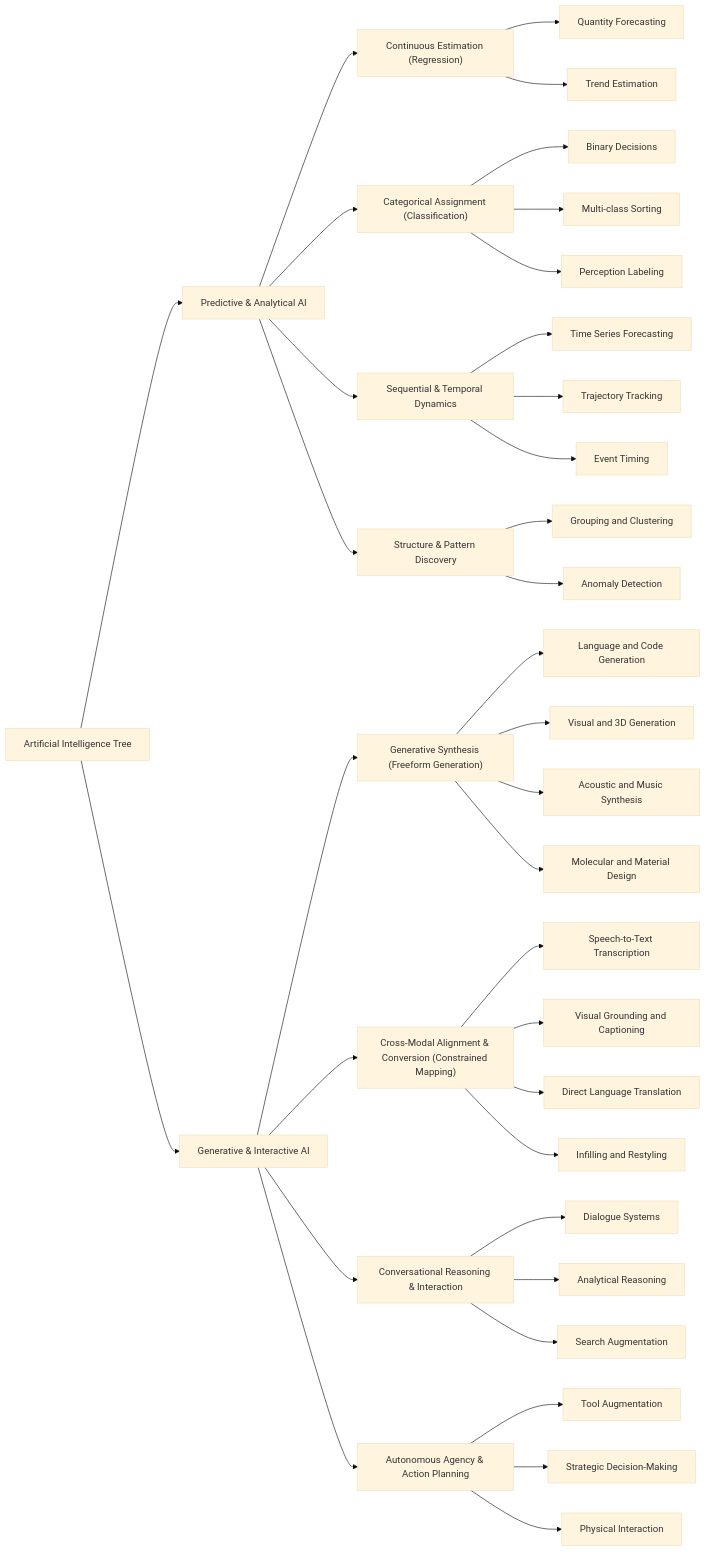
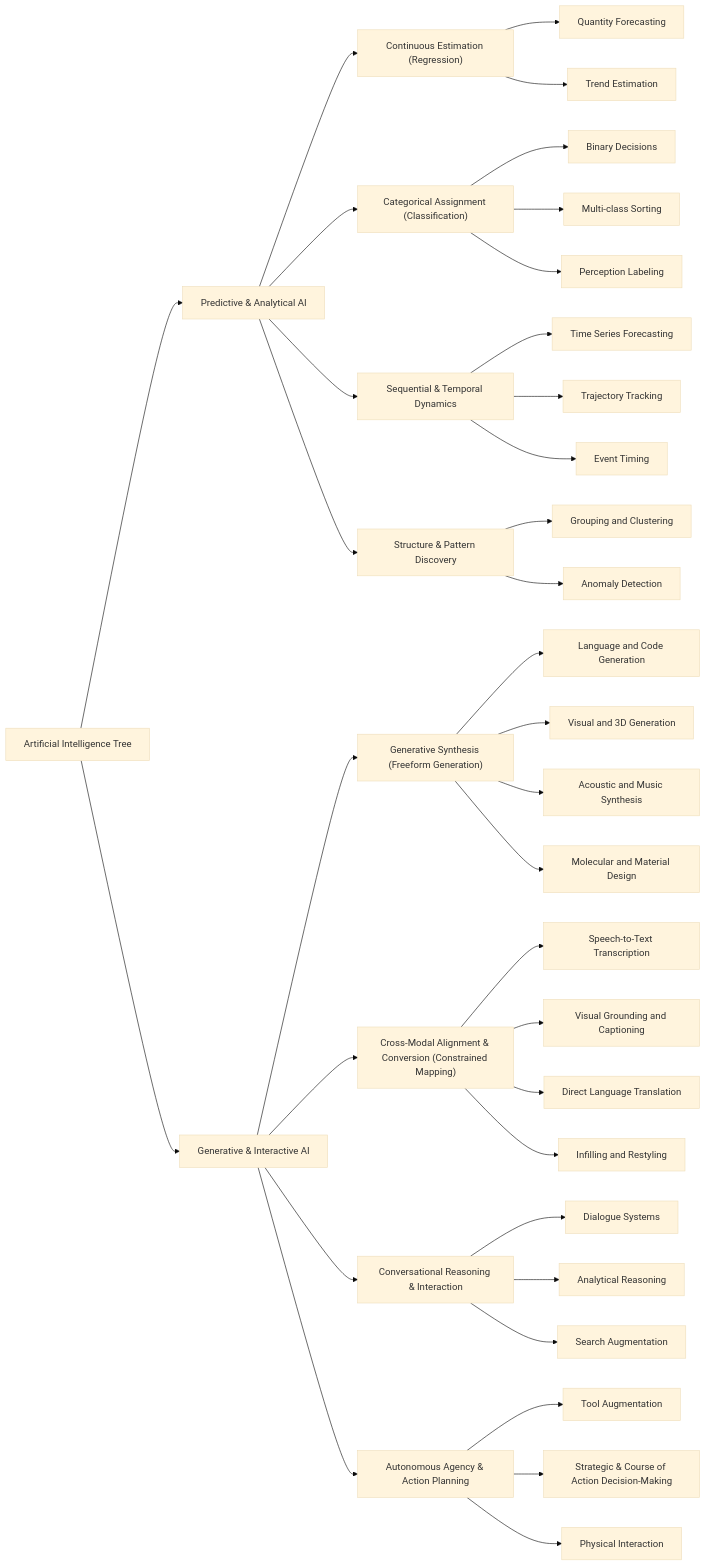
The diagram in charts/AI_tree.mmd (THEGerm/AI-Chart), drawn with Mermaid (base theme) before and after one commit.

Commit message:
Update label for Strategic Decision-Making

```diff
--- a/charts/AI_tree.mmd
+++ b/charts/AI_tree.mmd
@@ -1,46 +1,46 @@
 flowchart LR
     AI["Artificial Intelligence Tree"]
     
     AI --> B1["Predictive & Analytical AI"]
     
     B1 --> B1A["Continuous Estimation (Regression)"]
     B1A --> B1A1["Quantity Forecasting"]
     B1A --> B1A2["Trend Estimation"]
     
     B1 --> B1B["Categorical Assignment (Classification)"]
     B1B --> B1B1["Binary Decisions"]
     B1B --> B1B2["Multi-class Sorting"]
     B1B --> B1B3["Perception Labeling"]
     
     B1 --> B1C["Sequential & Temporal Dynamics"]
     B1C --> B1C1["Time Series Forecasting"]
     B1C --> B1C2["Trajectory Tracking"]
     B1C --> B1C3["Event Timing"]
     
     B1 --> B1D["Structure & Pattern Discovery"]
     B1D --> B1D1["Grouping and Clustering"]
     B1D --> B1D2["Anomaly Detection"]
     
     AI --> B2["Generative & Interactive AI"]
     
     B2 --> B2A["Generative Synthesis (Freeform Generation)"]
     B2A --> B2A1["Language and Code Generation"]
     B2A --> B2A2["Visual and 3D Generation"]
     B2A --> B2A3["Acoustic and Music Synthesis"]
     B2A --> B2A4["Molecular and Material Design"]
     
     B2 --> B2B["Cross-Modal Alignment & Conversion (Constrained Mapping)"]
     B2B --> B2B1["Speech-to-Text Transcription"]
     B2B --> B2B2["Visual Grounding and Captioning"]
     B2B --> B2B3["Direct Language Translation"]
     B2B --> B2B4["Infilling and Restyling"]
     
     B2 --> B2C["Conversational Reasoning & Interaction"]
     B2C --> B2C1["Dialogue Systems"]
     B2C --> B2C2["Analytical Reasoning"]
     B2C --> B2C3["Search Augmentation"]
     
     B2 --> B2D["Autonomous Agency & Action Planning"]
     B2D --> B2D1["Tool Augmentation"]
-    B2D --> B2D2["Strategic Decision-Making"]
+    B2D --> B2D2["Strategic & Course of Action Decision-Making"]
     B2D --> B2D3["Physical Interaction"]
```
